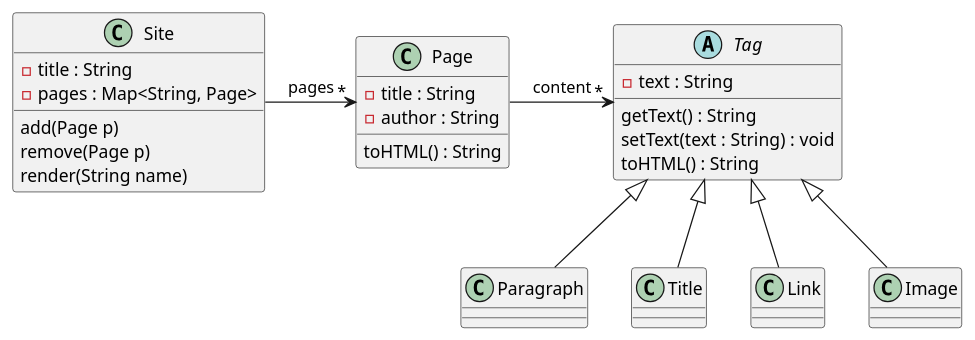
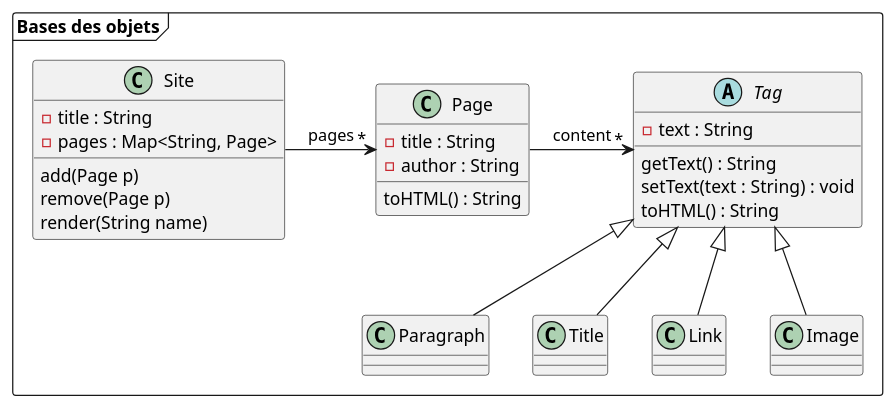
The diagram in Documentation/CMS_UML.puml (florentBourgeois/ENSISA2022_CMS), drawn with PlantUML before and after one commit. The commit also changed 1 other file, not shown here.

```diff
--- a/Documentation/CMS_UML.puml
+++ b/Documentation/CMS_UML.puml
@@ -1,33 +1,36 @@
 @startuml
 'https://plantuml.com/class-diagram
 
-class Page {
-    -title : String
-    -author : String
-    toHTML() : String
+
+package "Bases des objets" <<Frame>> {
+
+    class Page {
+        -title : String
+        -author : String
+        toHTML() : String
+    }
+
+    abstract class Tag {
+        - text : String
+        getText() : String
+        setText(text : String) : void
+        toHTML() : String
+    }
+
+    Tag <|-- Paragraph
+    Tag <|-- Title
+    Tag <|-- Link
+    Tag <|-- Image
+
+    Page -> "*" Tag : content
+    Site -> "*" Page : pages
+
+    class Site {
+        -title : String
+        -pages : Map<String, Page>
+        add(Page p)
+        remove(Page p)
+        render(String name)
+    }
 }
-
-abstract class Tag {
-    - text : String
-    getText() : String
-    setText(text : String) : void
-    toHTML() : String
-}
-
-Tag <|-- Paragraph
-Tag <|-- Title
-Tag <|-- Link
-Tag <|-- Image
-
-Page -> "*" Tag : content
-Site -> "*" Page : pages
-
-class Site {
-    -title : String
-    -pages : Map<String, Page>
-    add(Page p)
-    remove(Page p)
-    render(String name)
-}
-
 @enduml
```
